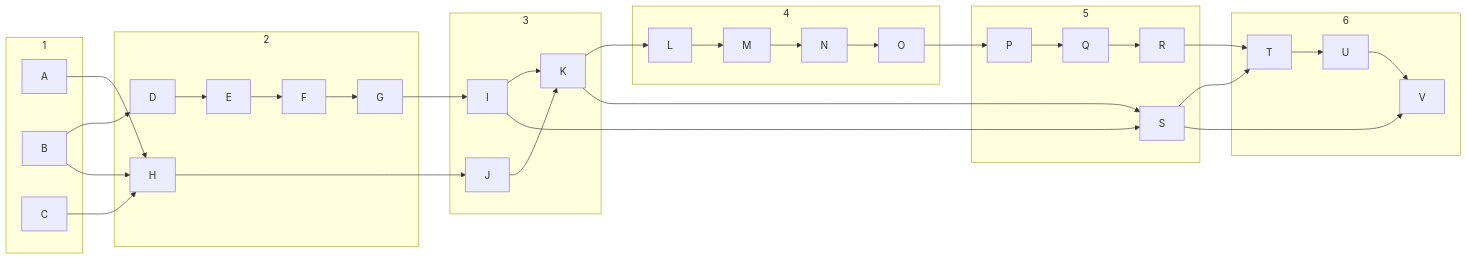
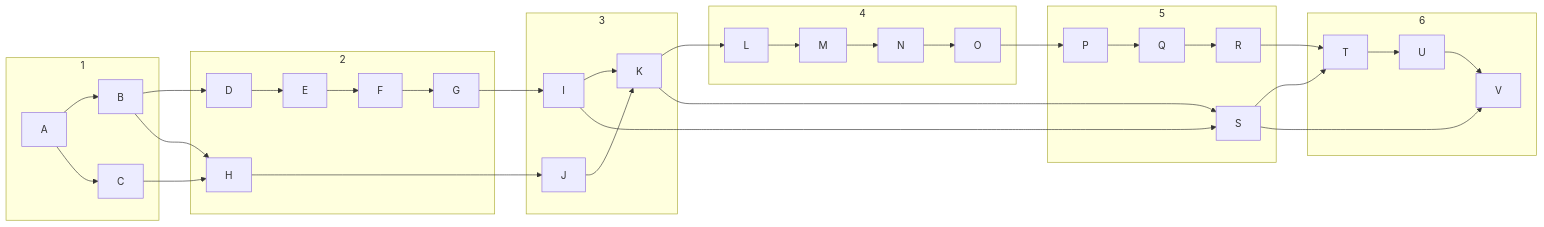
The diagram in Daily Notes/2024-06-01.md (akarmanov2022/notes), drawn with Mermaid before and after one commit. The commit also changed 1 other file, not shown here.

Commit message:
vault backup: 2024-06-01 19:45:51
Affected files:
.obsidian/workspace.json
Daily Notes/2024-06-01.md

````diff
--- a/Daily Notes/2024-06-01.md
+++ b/Daily Notes/2024-06-01.md
@@ -60,79 +60,79 @@
 ```mermaid
 flowchart LR
 
 subgraph 1
 
 A
 
-B
+A --> B
 
-C
+A --> C
 
 end
 
 subgraph 2
 
 B --> D
 
 D --> E
 
 E --> F
 
 F --> G
 
-A & B & C--> H
+B & C--> H
 
 end
 
 subgraph 3
 
 G --> I
 
 H --> J
 
 I --> K
 
 J --> K
 
 end
 
 subgraph 4
 
 K --> L
 
 L --> M
 
 M --> N
 
 N --> O
 
 end
 
 subgraph 5
 
 O --> P
 
 P --> Q
 
 Q --> R
 
 I --> S
 
 end
 
 subgraph 6
 
 K --> S
 
 R --> T
 
 S --> T
 
 T --> U
 
 U --> V
 
 S --> V
 
 end
 ```
````
